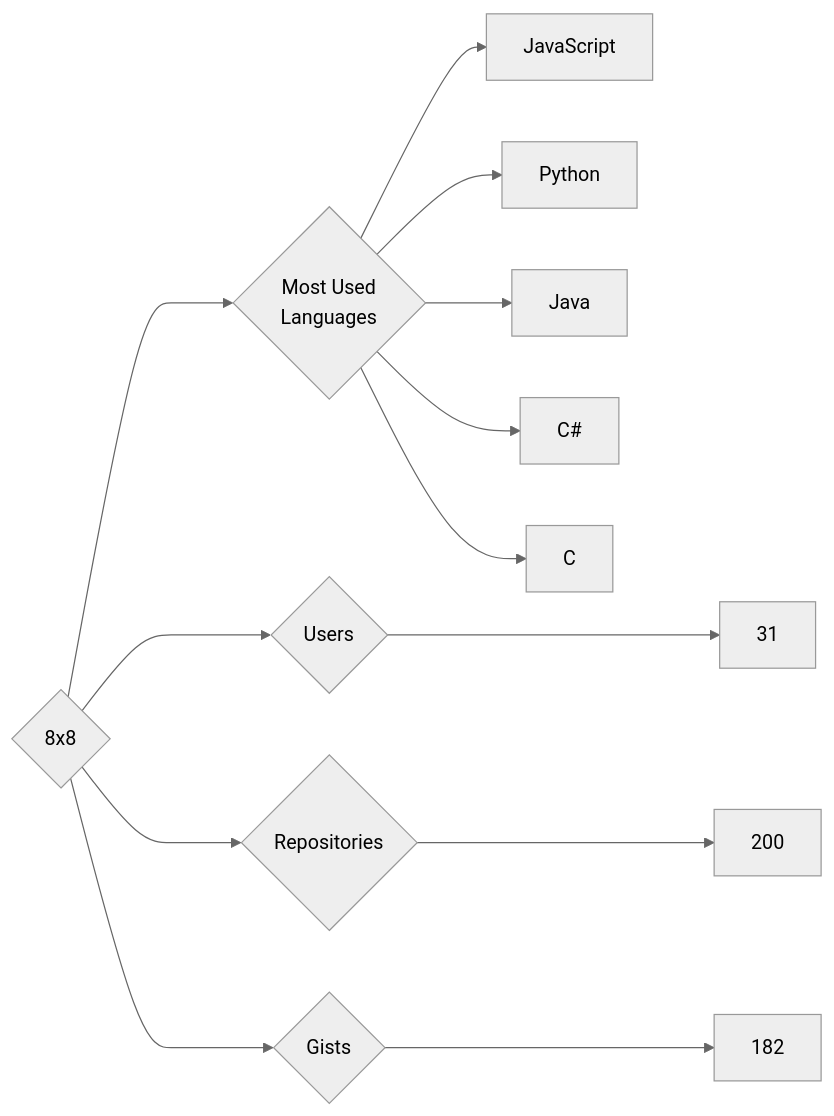
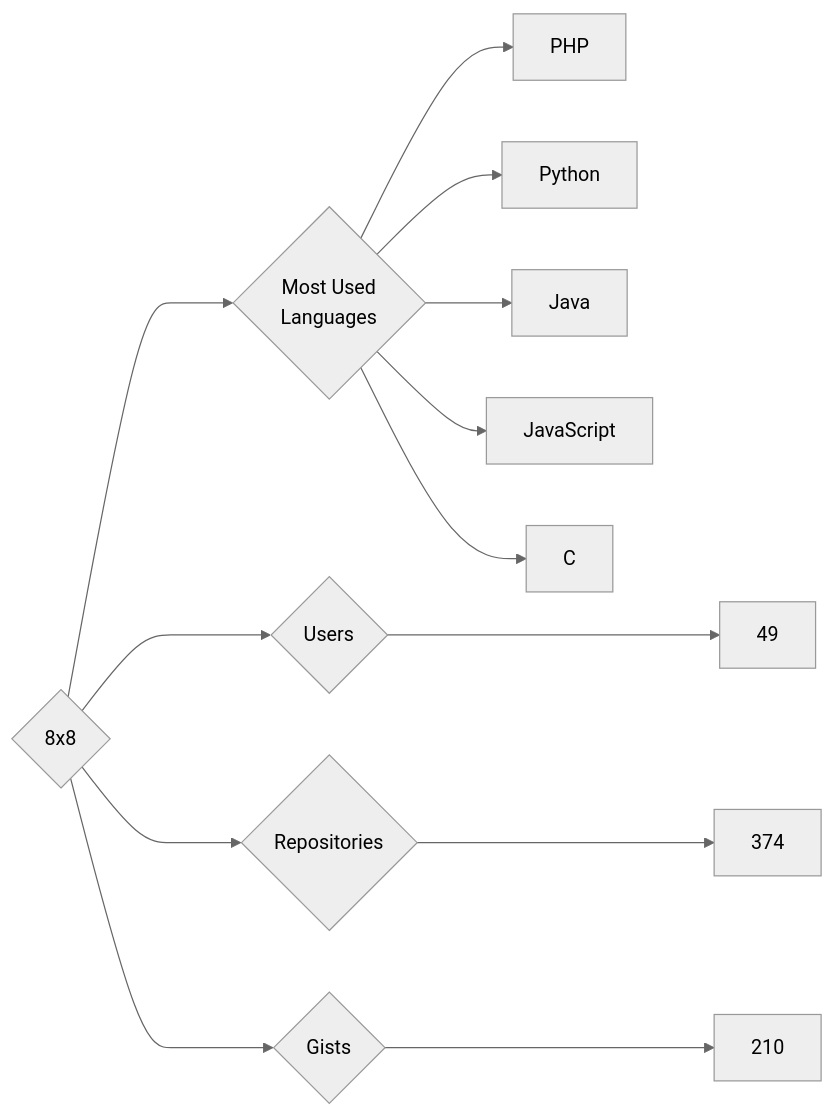
The diagram in targets/8x8/README.md (trickest/insiders), drawn with Mermaid (neutral theme) before and after one commit. The commit also changed 823 other files, not shown here.

````diff
--- a/targets/8x8/README.md
+++ b/targets/8x8/README.md
@@ -3,13 +3,13 @@
 ```mermaid
 graph LR
 COMPANY_NAME{8x8}
-COMPANY_NAME ---> U{Users} ---> UN[31]
-COMPANY_NAME ---> R{Repositories} ---> RN[200]
-COMPANY_NAME ---> G{Gists} ---> GN[182]
+COMPANY_NAME ---> U{Users} ---> UN[49]
+COMPANY_NAME ---> R{Repositories} ---> RN[374]
+COMPANY_NAME ---> G{Gists} ---> GN[210]
 COMPANY_NAME ---> ML{Most Used<br>Languages}
-ML --> JavaScript[JavaScript]
+ML --> PHP[PHP]
 ML --> Python[Python]
 ML --> Java[Java]
-ML --> C#[C#]
+ML --> JavaScript[JavaScript]
 ML --> C[C]
 ```
````
